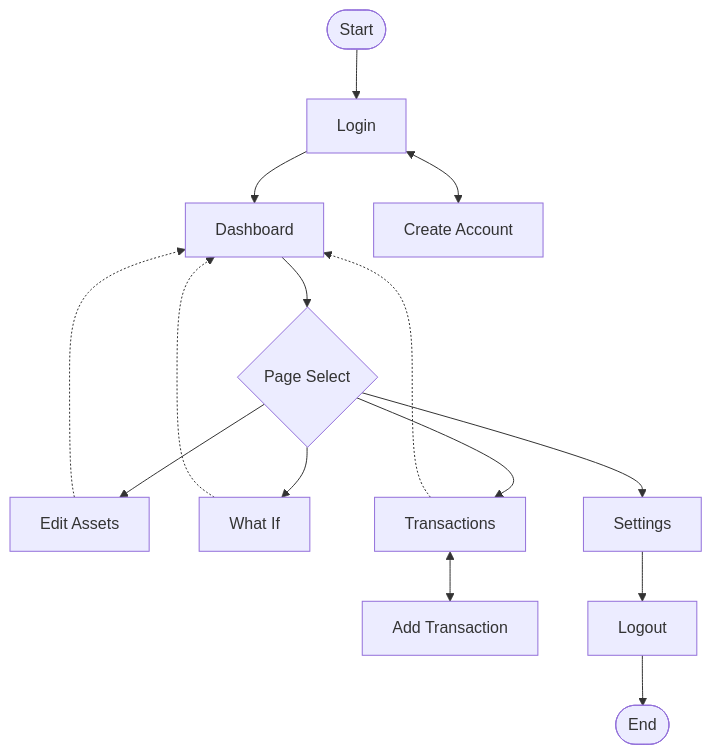
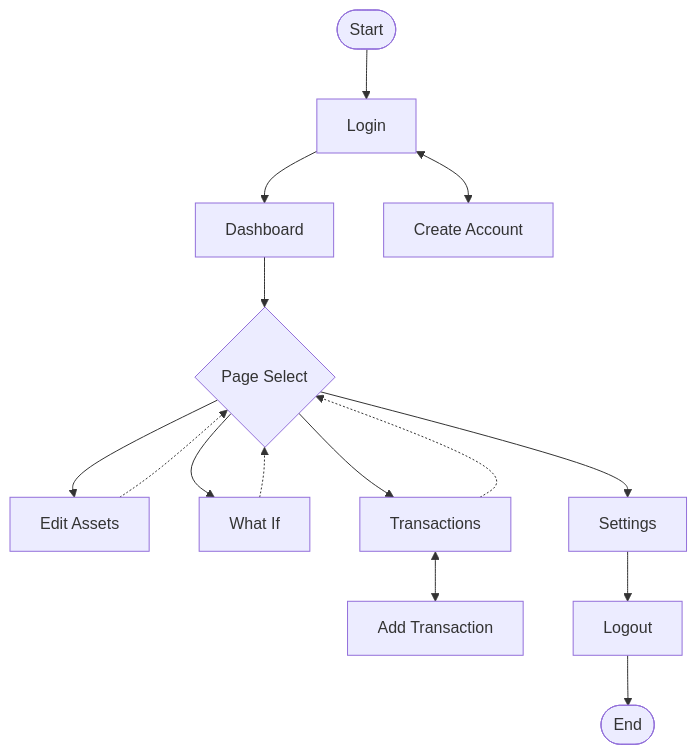
One commit to sethkietz01/BudgetingApp changed the second of 2 diagrams in README.md. Above: the diagram before and after it, drawn with Mermaid.

Commit message:
Update return loops in README flowchart

````diff
--- a/README.md
+++ b/README.md
@@ -155,26 +155,26 @@
 ```mermaid
 graph TD
     %% Main Flow (The 'Happy Path')
     Start([Start]) --> Login[Login]
     Login --> Dash[Dashboard]
     Dash --> Page{Page Select}
     
     %% Forward Navigation
     Page --> Edit[Edit Assets]
     Page --> WI[What If]
     Page --> Trans[Transactions]
     Page --> Set[Settings]
     
     %% Secondary Actions
     Login <--> Create[Create Account]
     Trans <--> Add[Add Transaction]
     
     %% Exit Path
     Set --> Out[Logout]
     Out --> End([End])
 
-    %% Return Loops (Dashed to avoid visual clutter)
-    Edit -.-> Dash
-    WI -.-> Dash
-    Trans -.-> Dash
+    %% Return Loops
+    Edit -.-> Page
+    WI -.-> Page
+    Trans -.-> Page
 ```
````
